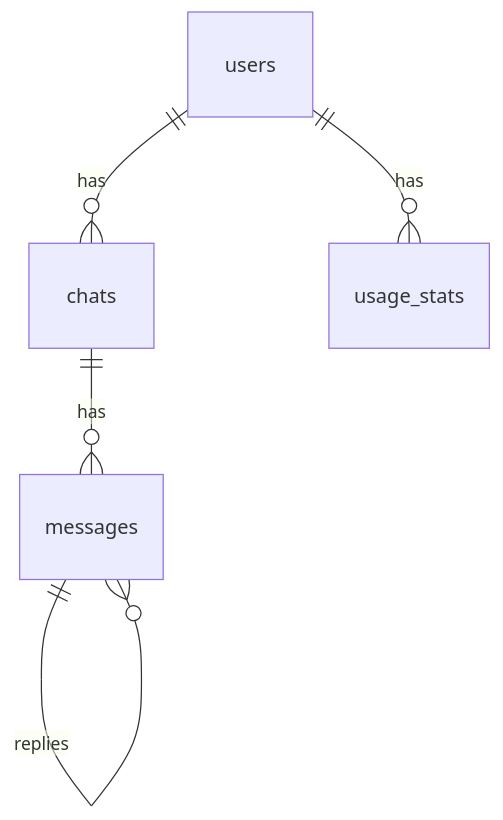
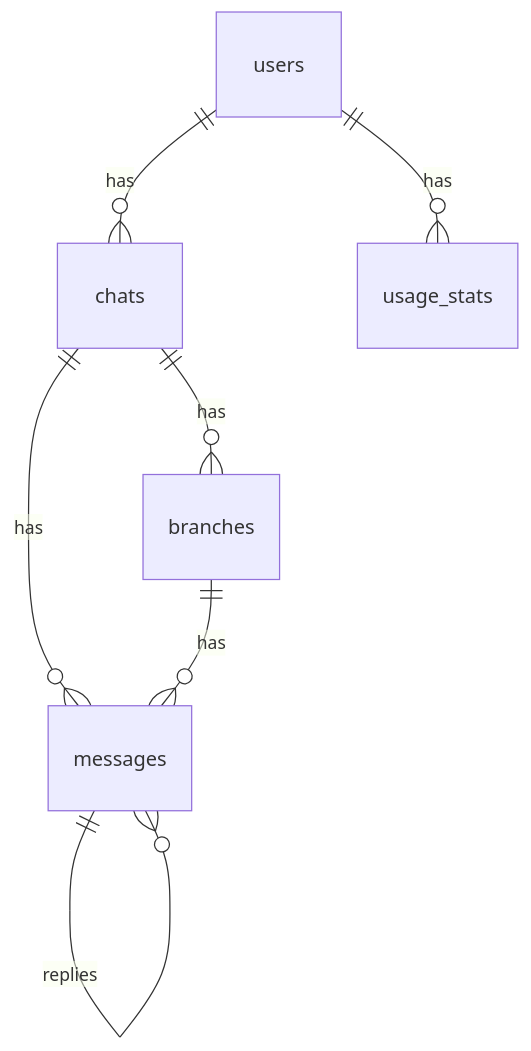
Before and after one commit to Yosh1ki/branch-chatai: the diagram in specforhuman/data_model.md, drawn with Mermaid. The commit also changed other lines of this file and 32 other files, not shown here.

````diff
--- a/specforhuman/data_model.md
+++ b/specforhuman/data_model.md
@@ -19,7 +20,9 @@
 ```mermaid
 erDiagram
   users ||--o{ chats : has
   users ||--o{ usage_stats : has
   chats ||--o{ messages : has
+  chats ||--o{ branches : has
+  branches ||--o{ messages : has
   messages ||--o{ messages : replies
 ```
````
